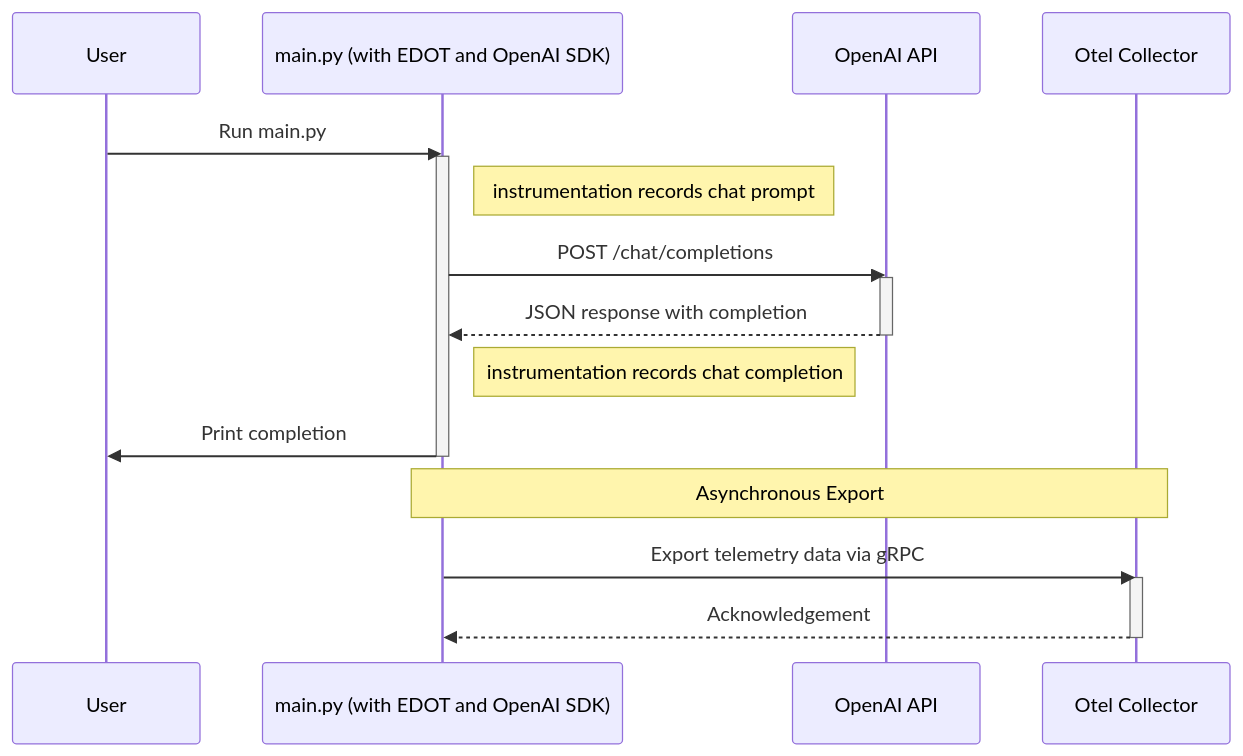
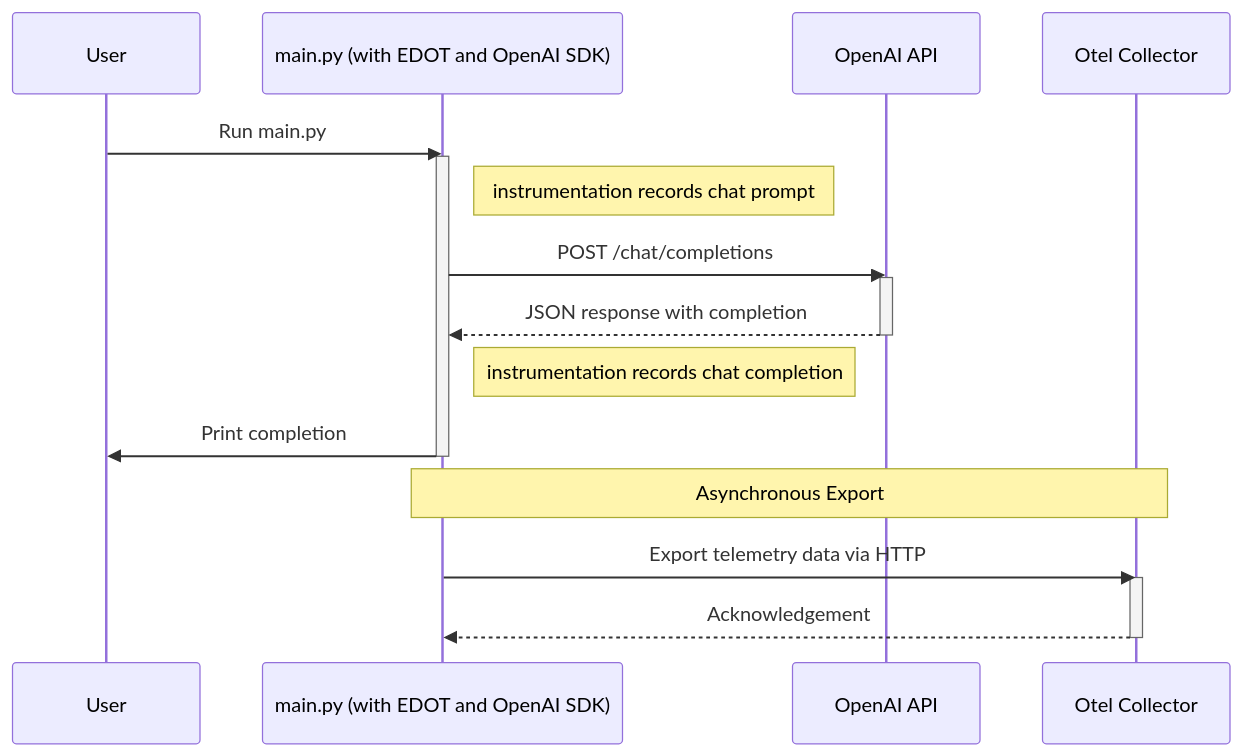
One commit to elastic/testing-genai-applications changed the diagram in 04-main/README.md. Above: the diagram before and after it, drawn with Mermaid. The commit also changed other lines of this file and 39 other files, not shown here.

````diff
--- a/04-main/README.md
+++ b/04-main/README.md
@@ -12,22 +12,22 @@
 ```mermaid
 sequenceDiagram
     participant User
     participant Main as main.py (with EDOT and OpenAI SDK)
     participant API as OpenAI API
     participant Collector as Otel Collector
     User ->> Main: Run main.py
     activate Main
     Note right of Main: instrumentation records chat prompt
     Main ->> API: POST /chat/completions
     activate API
     API -->> Main: JSON response with completion
     deactivate API
     Note right of Main: instrumentation records chat completion
     Main ->> User: Print completion
     deactivate Main
     Note over Main,Collector: Asynchronous Export
-    Main ->> Collector: Export telemetry data via gRPC
+    Main ->> Collector: Export telemetry data via HTTP
     activate Collector
     Collector -->> Main: Acknowledgement
     deactivate Collector
 ```
````
